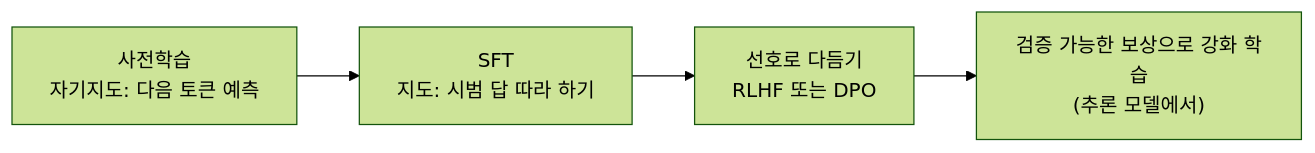
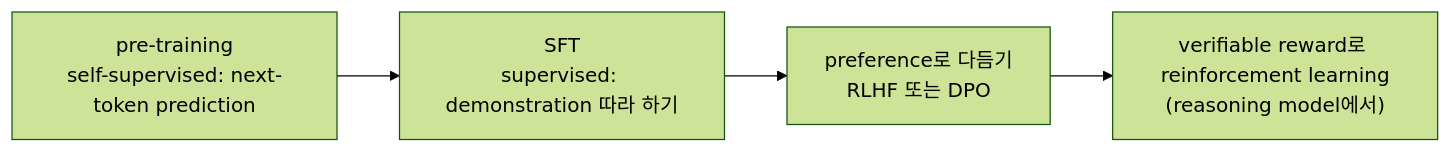
One commit to dipi0123/ai-insight-notes changed the diagram in book/part01-big-picture/01-04-training-methods-map.md. Above: the diagram before and after it, drawn with Mermaid (forest theme). The commit also changed other lines of this file and 10 other files, not shown here.

````diff
--- a/book/part01-big-picture/01-04-training-methods-map.md
+++ b/book/part01-big-picture/01-04-training-methods-map.md
@@ -91,6 +91,6 @@
 ```mermaid
 flowchart LR
-  A["사전학습<br/>자기지도: 다음 토큰 예측"] --> B["SFT<br/>지도: 시범 답 따라 하기"]
-  B --> C["선호로 다듬기<br/>RLHF 또는 DPO"]
-  C --> D["검증 가능한 보상으로 강화 학습<br/>(추론 모델에서)"]
+  A["pre-training<br/>self-supervised: next-token prediction"] --> B["SFT<br/>supervised: demonstration 따라 하기"]
+  B --> C["preference로 다듬기<br/>RLHF 또는 DPO"]
+  C --> D["verifiable reward로 reinforcement learning<br/>(reasoning model에서)"]
 ```
````
